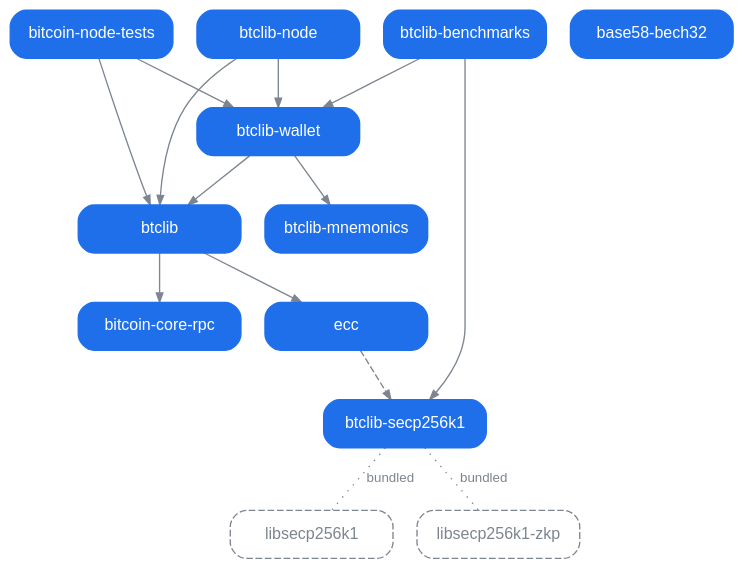
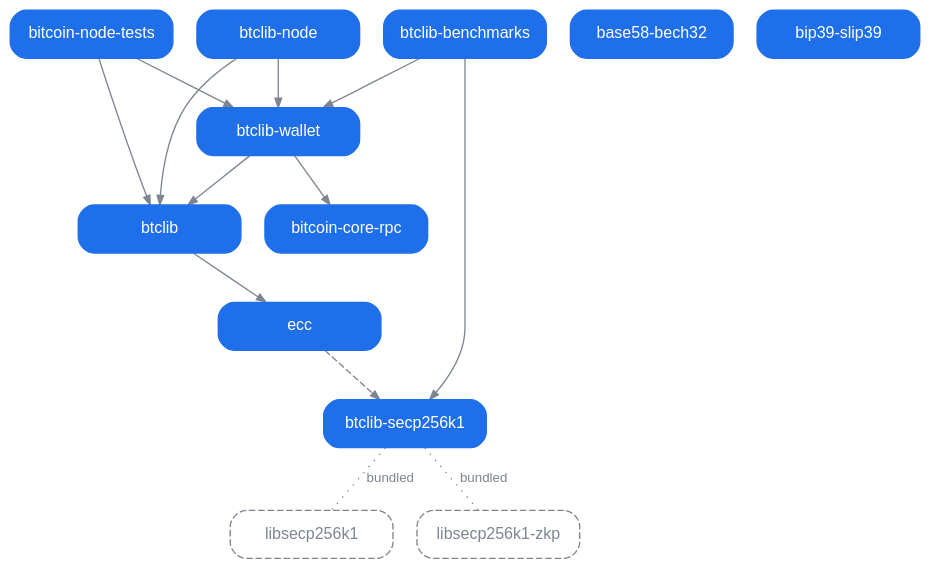
The diagram in profile/dependencies.dot (btclib-org/.github), drawn with Graphviz before and after one commit. The commit also changed 3 other files, not shown here.

```diff
--- a/profile/dependencies.dot
+++ b/profile/dependencies.dot
@@ -1,86 +1,88 @@
 // How the organization's packages depend on each other: the source of
 // dependencies.svg beside it, which profile/README.md shows.
 //
 // A node is the `[project]` name of every tree of the organization that
 // builds a distribution, `[build-system]` being what says it does. A tree
 // that builds none is not drawn, and neither is an arrow into or out of
 // one. A grey dashed outline is not a package of the organization but a C
 // library one of them bundles: the submodule `X` of such a tree is the
 // node `libX`.
 //
 // An arrow points from a project up to what it depends on: solid where
 // `dependencies` in its pyproject.toml names the target, and dashed where
 // only an `optional-dependencies` extra does. An arrow is drawn only
 // where the dependent, bare or with one of its extras, does not already
 // install its target, with the extras it asks of it, through the arrows
-// that are drawn: `btclib[secp256k1]` asks `ecc[secp256k1]`, so
-// `btclib`'s own requirement of `btclib-secp256k1` draws nothing, while
-// `btclib-node` asks `btclib[secp256k1]` and `btclib-wallet`'s
-// `dependencies` ask bare `btclib`, so both of `btclib-node`'s arrows are
-// drawn. The extras are written nowhere, and dependency groups are left
-// out, being what a checkout of the tree installs rather than what a user
-// of the package does. A dotted line with no arrowhead, labelled
-// `bundled`, joins a package to a C library that is a submodule of its
-// tree, built into the package rather than installed beside it.
+// that are drawn: `btclib-wallet[secp256k1]` asks `btclib[secp256k1]`,
+// which asks `ecc[secp256k1]`, so `btclib-wallet`'s own requirement of
+// `btclib-secp256k1` draws nothing, while `btclib-node` asks
+// `btclib[secp256k1]` and `btclib-wallet`'s `dependencies` ask bare
+// `btclib`, so both of `btclib-node`'s arrows are drawn. The extras are
+// written nowhere, and dependency groups are left out, being what a
+// checkout of the tree installs rather than what a user of the package
+// does. A requirement on a name no tree builds, a retired one included,
+// draws nothing. A dotted line with no arrowhead, labelled `bundled`,
+// joins a package to a C library that is a submodule of its tree, built
+// into the package rather than installed beside it.
 // tests/dependencies_test.py compares this file with every tree's
-// pyproject.toml and .gitmodules.
+// pyproject.toml and .gitmodules, and names every requirement on a
+// retired name.
 //
 // Every position is set by hand and rendered as it stands, by neato with
 // `nop: 2` in .github/scripts/render_dependencies.mjs, which takes the
 // nodes and the edges where they are written. A node's `pos` is its
 // centre in points, y growing upward, and a row is a level: what a
 // package depends on sits above it, in four columns 145 apart. An edge's
 // `pos` is its route as the control points of a spline whose segments
 // are straight, `e,` giving where the arrowhead's tip lands, and a
 // label's `lp` is where it is written. `btclib-wallet`'s arrow into
 // `btclib` runs along one horizontal line under it, and `btclib-node`'s,
 // from the row under that, goes straight up through that line.
 //
 // The colours are for a transparent background under both of GitHub's
 // themes: text sits on the fill of its box, and the grey of the arrows
 // and of the outlined C libraries reads on the light theme's white and
 // the dark theme's near-black.
 digraph dependencies {
     graph [bgcolor="transparent", outputorder=edgesfirst, pad=0.2];
     node [shape=box, style="rounded,filled", color="#1f6feb", fillcolor="#1f6feb",
           fontcolor="#ffffff", fontname="Helvetica", fontsize=12, width=1.7, height=0.5, fixedsize=true];
     edge [color="#7d8590", fontcolor="#7d8590", fontname="Helvetica", fontsize=10, arrowsize=0.7];
 
     "libsecp256k1"     [pos="290,560", style="rounded,dashed", color="#7d8590", fontcolor="#7d8590"];
     "libsecp256k1-zkp" [pos="435,560", style="rounded,dashed", color="#7d8590", fontcolor="#7d8590"];
     "base58-bech32"    [pos="145,560"];
-    "btclib-mnemonics" [pos="0,460"];
+    "bip39-slip39"     [pos="0,560"];
     "bitcoin-core-rpc" [pos="145,460"];
     "btclib-secp256k1" [pos="290,460"];
     "ecc"              [pos="290,360"];
     "btclib"           [pos="290,260"];
     "btclib-wallet"      [pos="0,160"];
     "bitcoin-node-tests" [pos="145,60"];
     "btclib-benchmarks"  [pos="435,60"];
     "btclib-node"        [pos="290,60"];
 
     "btclib-secp256k1" -> "libsecp256k1" [style=dotted, arrowhead=none, label="bundled", lp="262,510",
         pos="290,478 290,478 290,542 290,542"];
     "btclib-secp256k1" -> "libsecp256k1-zkp" [style=dotted, arrowhead=none, label="bundled", lp="463,526",
         pos="320,478 320,478 320,510 320,510 320,510 435,510 435,510 435,510 435,542 435,542"];
     "ecc" -> "btclib-secp256k1" [style=dashed,
         pos="e,290,442 290,378 290,378 290,435 290,435"];
     "btclib" -> "ecc" [pos="e,290,342 290,278 290,278 290,335 290,335"];
-    "btclib" -> "bitcoin-core-rpc"
-        [pos="e,145,442 229,260 229,260 145,260 145,260 145,260 145,435 145,435"];
     "btclib-wallet" -> "btclib"
         [pos="e,290,242 20,178 20,178 20,210 20,210 20,210 290,210 290,210 290,210 290,235 290,235"];
     "bitcoin-node-tests" -> "btclib-wallet"
         [pos="e,-20,142 125,78 125,78 125,92 125,92 125,92 -20,92 -20,92 -20,92 -20,135 -20,135"];
     "bitcoin-node-tests" -> "btclib"
         [pos="e,250,242 165,78 165,78 165,140 165,140 165,140 250,140 250,140 250,140 250,235 250,235"];
     "btclib-node" -> "btclib" [
         pos="e,290,242 290,78 290,78 290,235 290,235"];
     "btclib-node" -> "btclib-wallet"
         [pos="e,0,142 270,78 270,78 270,108 270,108 270,108 0,108 0,108 0,108 0,135 0,135"];
     "btclib-benchmarks" -> "btclib-wallet"
         [pos="e,20,142 415,78 415,78 415,125 415,125 415,125 20,125 20,125 20,125 20,135 20,135"];
     "btclib-benchmarks" -> "btclib-secp256k1"
         [pos="e,351,460 455,78 455,78 455,460 455,460 455,460 358,460 358,460"];
-    "btclib-wallet" -> "btclib-mnemonics" [pos="e,-20,442 -20,178 -20,178 -20,435 -20,435"];
+    "btclib-wallet" -> "bitcoin-core-rpc"
+        [pos="e,84,460 -20,178 -20,178 -20,460 -20,460 -20,460 77,460 77,460"];
 }
```
